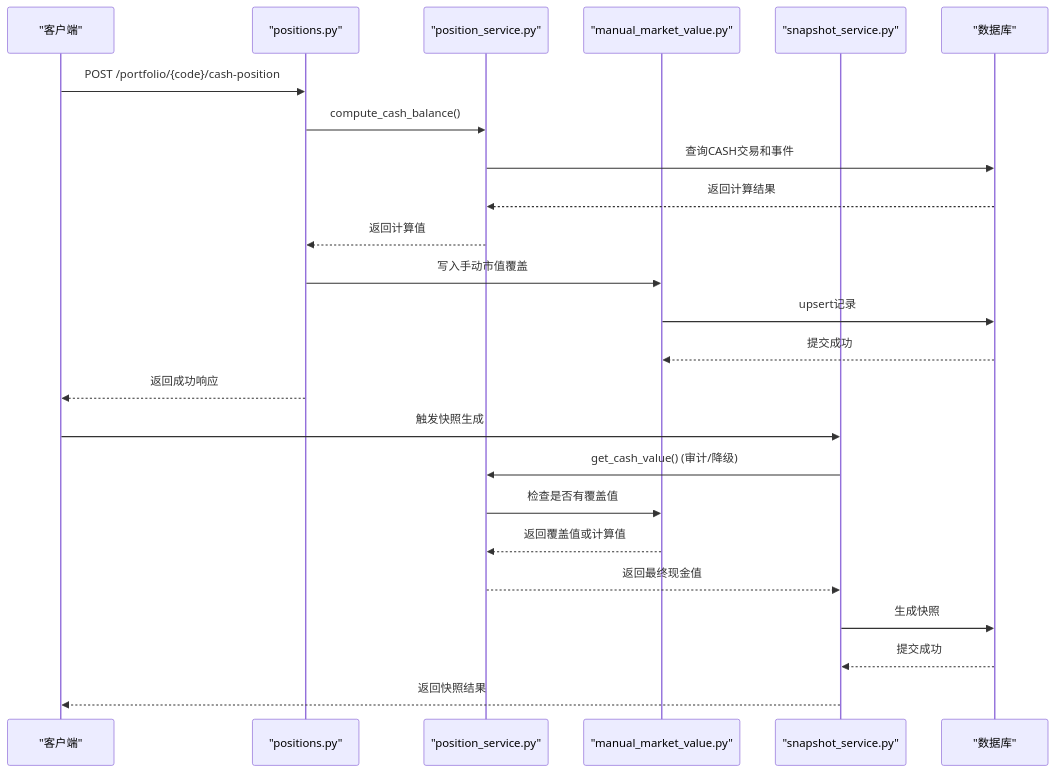
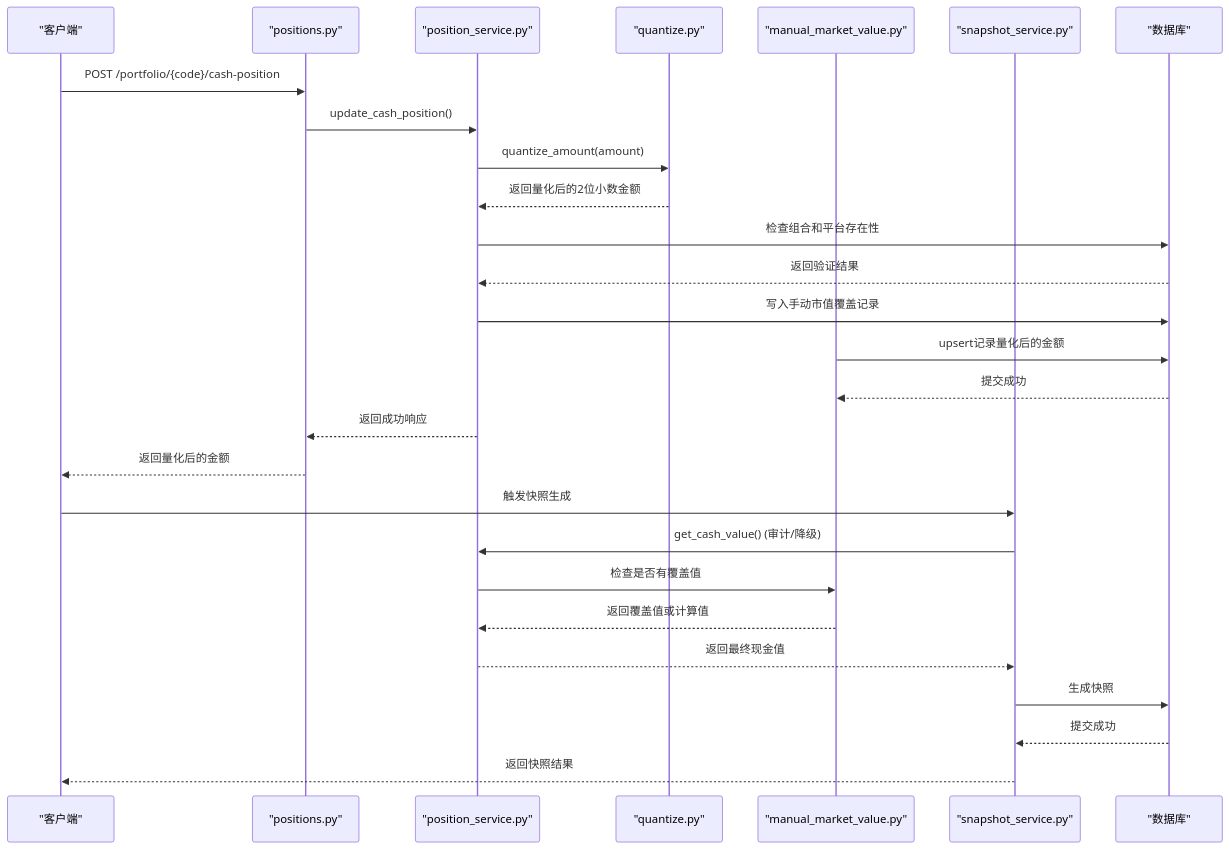
The second of 10 diagrams in .qoder/repowiki/zh/content/核心业务功能/持仓管理.md (gujialind/InvestRing), drawn with Mermaid before and after one commit. The commit also changed other lines of this file and 65 other files, not shown here.

````diff
--- a/.qoder/repowiki/zh/content/核心业务功能/持仓管理.md
+++ b/.qoder/repowiki/zh/content/核心业务功能/持仓管理.md
@@ -189,26 +205,29 @@
 ```mermaid
 sequenceDiagram
 participant Client as "客户端"
 participant Router as "positions.py"
 participant Service as "position_service.py"
+participant Quantize as "quantize.py"
 participant ManualMMV as "manual_market_value.py"
 participant SnapshotSvc as "snapshot_service.py"
 participant DB as "数据库"
 Client->>Router : POST /portfolio/{code}/cash-position
-Router->>Service : compute_cash_balance()
-Service->>DB : 查询CASH交易和事件
-DB-->>Service : 返回计算结果
-Service-->>Router : 返回计算值
-Router->>ManualMMV : 写入手动市值覆盖
-ManualMMV->>DB : upsert记录
+Router->>Service : update_cash_position()
+Service->>Quantize : quantize_amount(amount)
+Quantize-->>Service : 返回量化后的2位小数金额
+Service->>DB : 检查组合和平台存在性
+DB-->>Service : 返回验证结果
+Service->>DB : 写入手动市值覆盖记录
+ManualMMV->>DB : upsert记录量化后的金额
 DB-->>ManualMMV : 提交成功
-Router-->>Client : 返回成功响应
+Service-->>Router : 返回成功响应
+Router-->>Client : 返回量化后的金额
 Client->>SnapshotSvc : 触发快照生成
 SnapshotSvc->>Service : get_cash_value() (审计/降级)
 Service->>ManualMMV : 检查是否有覆盖值
 ManualMMV-->>Service : 返回覆盖值或计算值
 Service-->>SnapshotSvc : 返回最终现金值
 SnapshotSvc->>DB : 生成快照
 DB-->>SnapshotSvc : 提交成功
 SnapshotSvc-->>Client : 返回快照结果
 ```
````
